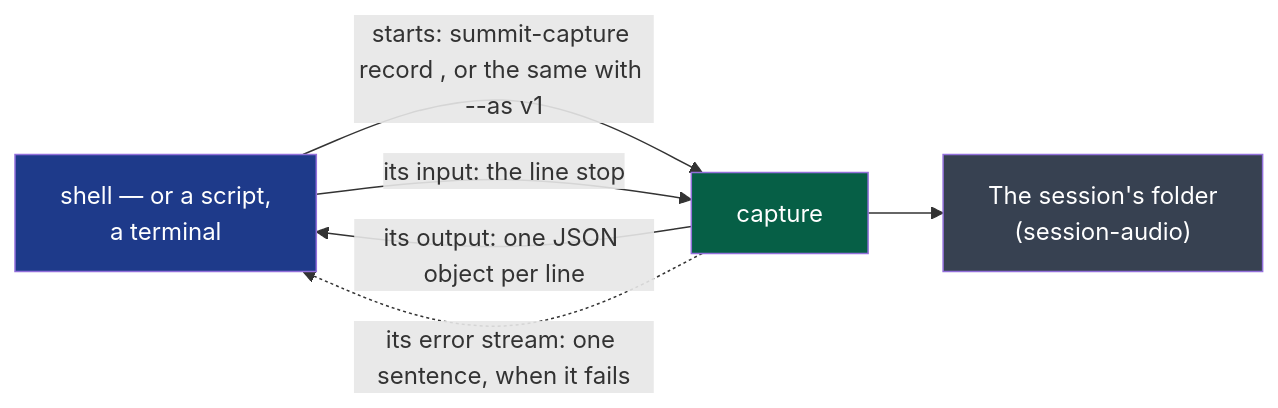
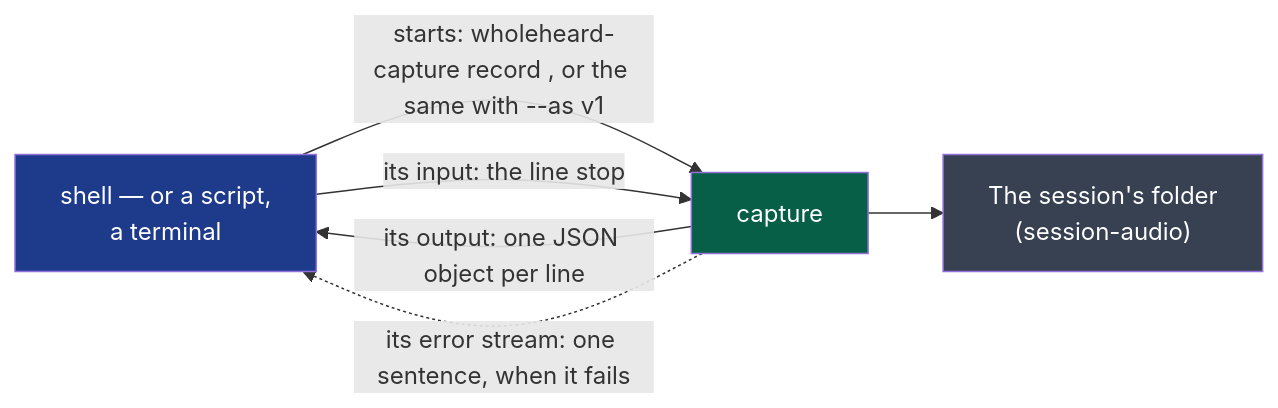
Before and after one commit to NapkinStack/wholeheard: the diagram in contracts/recording/v1/README.md, drawn with Mermaid. The commit also changed 3 other files, not shown here.

````diff
--- a/contracts/recording/v1/README.md
+++ b/contracts/recording/v1/README.md
@@ -6,12 +6,12 @@
 ```mermaid
 flowchart LR
-    S["shell — or a script,<br/>a terminal"]:::consumer -->|"starts: summit-capture record <sessions-folder>, or the same with --as v1"| C["capture"]:::producer
+    S["shell — or a script,<br/>a terminal"]:::consumer -->|"starts: wholeheard-capture record <sessions-folder>, or the same with --as v1"| C["capture"]:::producer
     C -->|"its output: one JSON object per line"| S
     S -->|"its input: the line stop"| C
     C -.->|"its error stream: one sentence, when it fails"| S
     C --> F["The session's folder<br/>(session-audio)"]:::file
 
     classDef producer fill:#065f46,color:#fff
     classDef consumer fill:#1e3a8a,color:#fff
     classDef file fill:#374151,color:#fff
 ```
````
